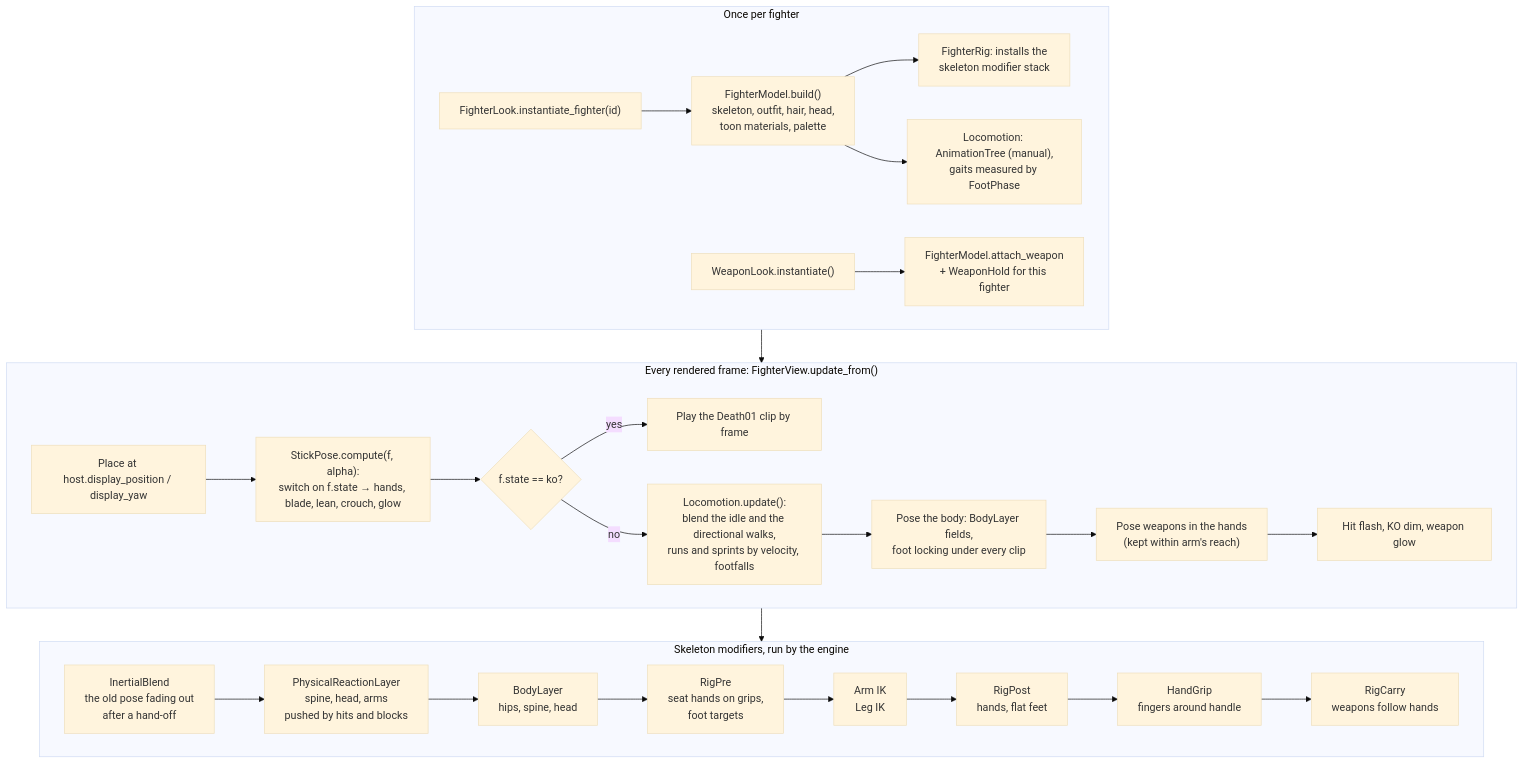
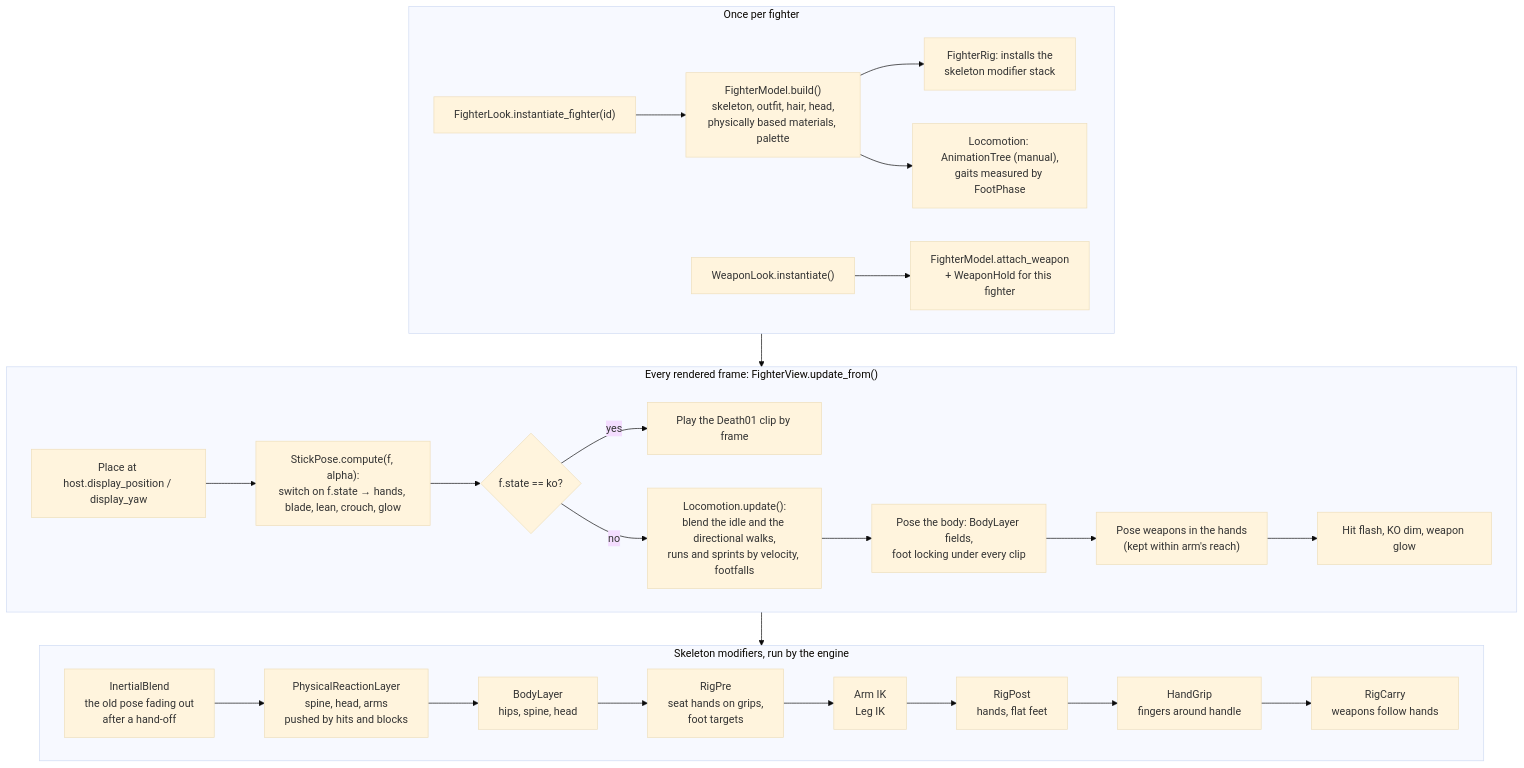
Before and after one commit to Arod231/monomachia: diagram 13 of 22 in docs/architecture.md, drawn with Mermaid (base theme). The commit also changed other lines of this file and 106 other files, not shown here.

First line of the commit message:
Replace the toon look with physically based materials and the grade (M1 task 43)

````diff
--- a/docs/architecture.md
+++ b/docs/architecture.md
@@ -710,33 +710,33 @@
 ```mermaid
 flowchart TD
     subgraph BUILD["Once per fighter"]
-        FL["FighterLook.instantiate_fighter(id)"] --> FM["FighterModel.build()<br/>skeleton, outfit, hair, head,<br/>toon materials, palette"]
+        FL["FighterLook.instantiate_fighter(id)"] --> FM["FighterModel.build()<br/>skeleton, outfit, hair, head,<br/>physically based materials, palette"]
         FM --> RIG["FighterRig: installs the<br/>skeleton modifier stack"]
         FM --> LOCO["Locomotion: AnimationTree (manual),<br/>gaits measured by FootPhase"]
         WL["WeaponLook.instantiate()"] --> HOLD["FighterModel.attach_weapon<br/>+ WeaponHold for this fighter"]
     end
 
     subgraph FRAME["Every rendered frame: FighterView.update_from()"]
         POS["Place at host.display_position / display_yaw"] --> SP["StickPose.compute(f, alpha):<br/>switch on f.state → hands, blade, lean, crouch, glow"]
         SP --> KO{"f.state == ko?"}
         KO -- yes --> FALL["Play the Death01 clip by frame"]
         KO -- no --> LU["Locomotion.update():<br/>blend the idle and the directional walks,<br/>runs and sprints by velocity, footfalls"]
         LU --> PB["Pose the body: BodyLayer fields,<br/>foot locking under every clip"]
         PB --> PW["Pose weapons in the hands<br/>(kept within arm's reach)"]
         PW --> OV["Hit flash, KO dim, weapon glow"]
     end
 
     subgraph STACK["Skeleton modifiers, run by the engine"]
         direction LR
         M0["InertialBlend<br/>the old pose fading out<br/>after a hand-off"] --> MR["PhysicalReactionLayer<br/>spine, head, arms<br/>pushed by hits and blocks"]
         MR --> M1["BodyLayer<br/>hips, spine, head"]
         M1 --> M2["RigPre<br/>seat hands on grips,<br/>foot targets"]
         M2 --> M3["Arm IK<br/>Leg IK"]
         M3 --> M4["RigPost<br/>hands, flat feet"]
         M4 --> M5["HandGrip<br/>fingers around handle"]
         M5 --> M6["RigCarry<br/>weapons follow hands"]
     end
 
     BUILD --> FRAME
     FRAME --> STACK
 ```
````
